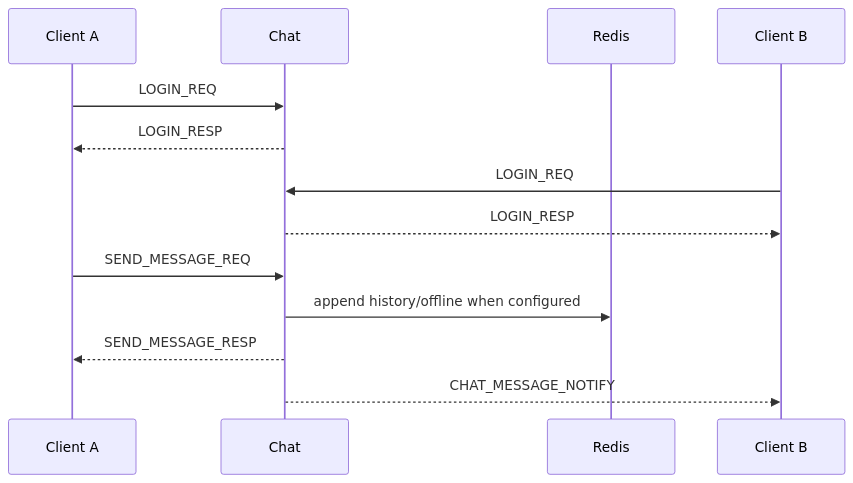
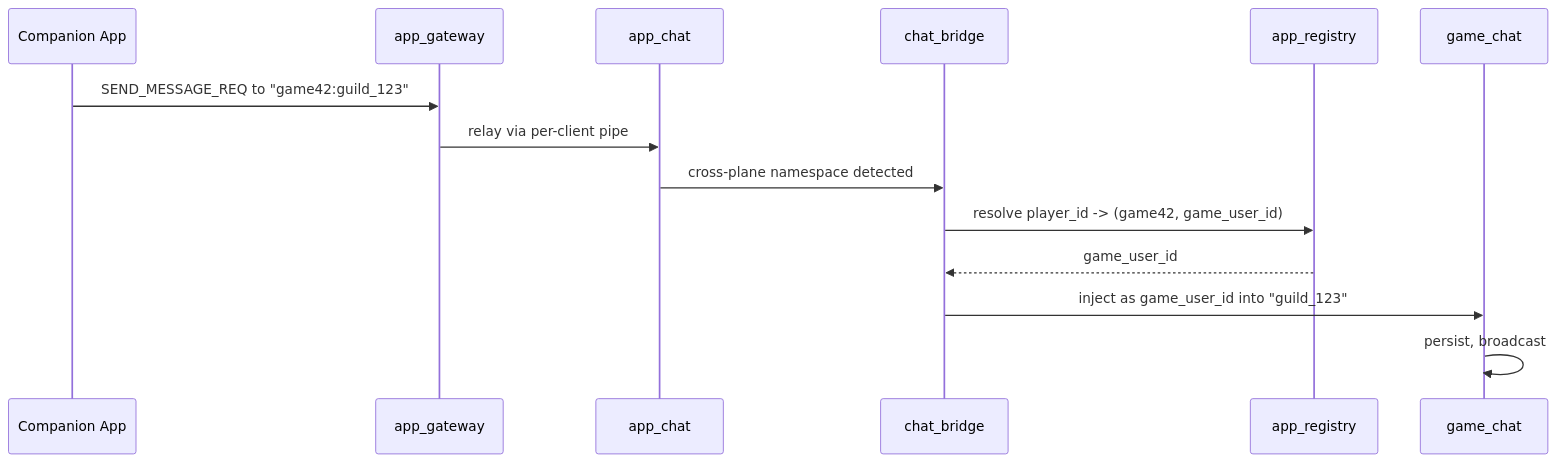
The third of 4 diagrams in docs/architecture.md (cuihairu/chirp), drawn with Mermaid before and after one commit. The commit also changed other lines of this file and 3 other files, not shown here.

First line of the commit message:
docs: retarget architecture to the two-plane + chat_bridge topology

````diff
--- a/docs/architecture.md
+++ b/docs/architecture.md
@@ -349,16 +179,17 @@
 ```mermaid
 sequenceDiagram
-    participant A as Client A
-    participant C as Chat
-    participant R as Redis
-    participant B as Client B
+    participant A as Companion App
+    participant AG as app_gateway
+    participant AC as app_chat
+    participant CB as chat_bridge
+    participant AR as app_registry
+    participant CH as game_chat
 
-    A->>C: LOGIN_REQ
-    C-->>A: LOGIN_RESP
-    B->>C: LOGIN_REQ
-    C-->>B: LOGIN_RESP
-    A->>C: SEND_MESSAGE_REQ
-    C->>R: append history/offline when configured
-    C-->>A: SEND_MESSAGE_RESP
-    C-->>B: CHAT_MESSAGE_NOTIFY
+    A->>AG: SEND_MESSAGE_REQ to "game42:guild_123"
+    AG->>AC: relay via per-client pipe
+    AC->>CB: cross-plane namespace detected
+    CB->>AR: resolve player_id -> (game42, game_user_id)
+    AR-->>CB: game_user_id
+    CB->>CH: inject as game_user_id into "guild_123"
+    CH->>CH: persist, broadcast
 ```
````
